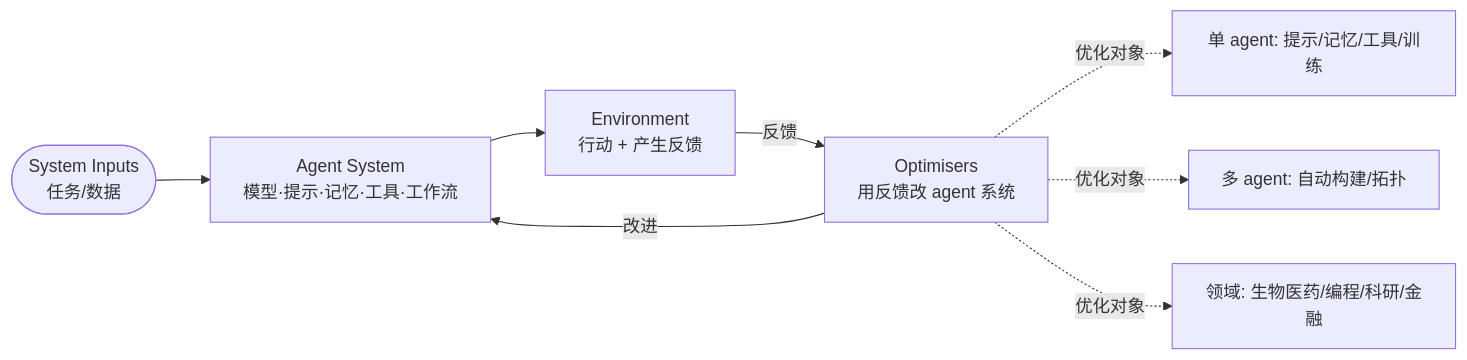
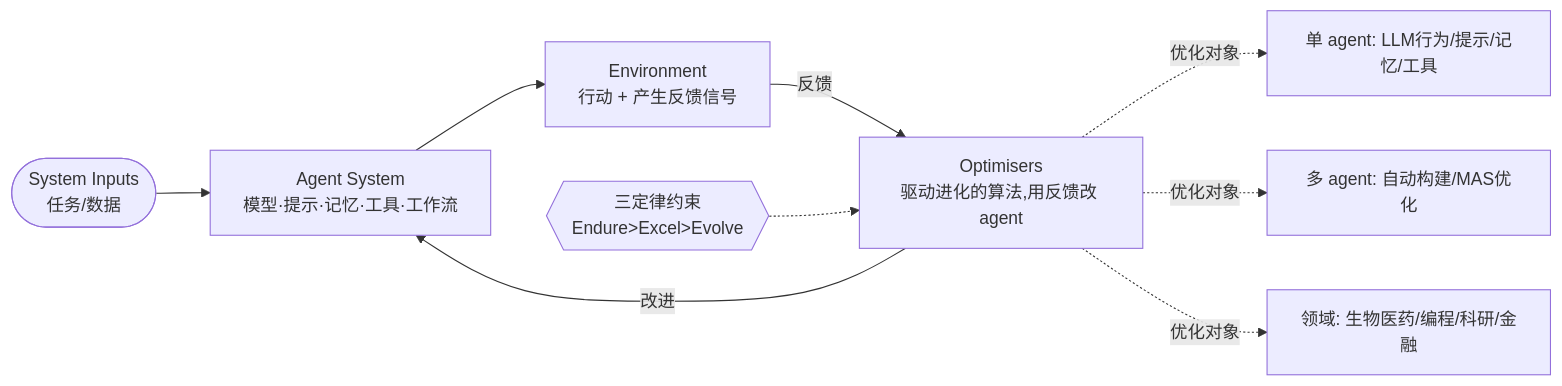
The diagram in content/papers/2508.07407-comprehensive-self-evolving-agents-survey/paper.mdx (Solvement/ai-brief-v2), drawn with Mermaid before and after one commit. The commit also changed other lines of this file and 26 other files, not shown here.

First line of the commit message:
@ feat(graph+models): L0 knowledge-graph DAG + relaxed model detail + lineage edge-effect

````diff
--- a/content/papers/2508.07407-comprehensive-self-evolving-agents-survey/paper.mdx
+++ b/content/papers/2508.07407-comprehensive-self-evolving-agents-survey/paper.mdx
@@ -38,10 +80,11 @@
 ```mermaid
 flowchart LR
   IN([System Inputs<br/>任务/数据]) --> AS[Agent System<br/>模型·提示·记忆·工具·工作流]
-  AS --> ENV[Environment<br/>行动 + 产生反馈]
-  ENV -->|反馈| OPT[Optimisers<br/>用反馈改 agent 系统]
+  AS --> ENV[Environment<br/>行动 + 产生反馈信号]
+  ENV -->|反馈| OPT[Optimisers<br/>驱动进化的算法,用反馈改 agent]
   OPT -->|改进| AS
-  OPT -.优化对象.-> T1[单 agent: 提示/记忆/工具/训练]
-  OPT -.优化对象.-> T2[多 agent: 自动构建/拓扑]
+  OPT -.优化对象.-> T1[单 agent: LLM行为/提示/记忆/工具]
+  OPT -.优化对象.-> T2[多 agent: 自动构建/MAS优化]
   OPT -.优化对象.-> T3[领域: 生物医药/编程/科研/金融]
+  LAW{{三定律约束<br/>Endure>Excel>Evolve}} -.-> OPT
 ```
````
